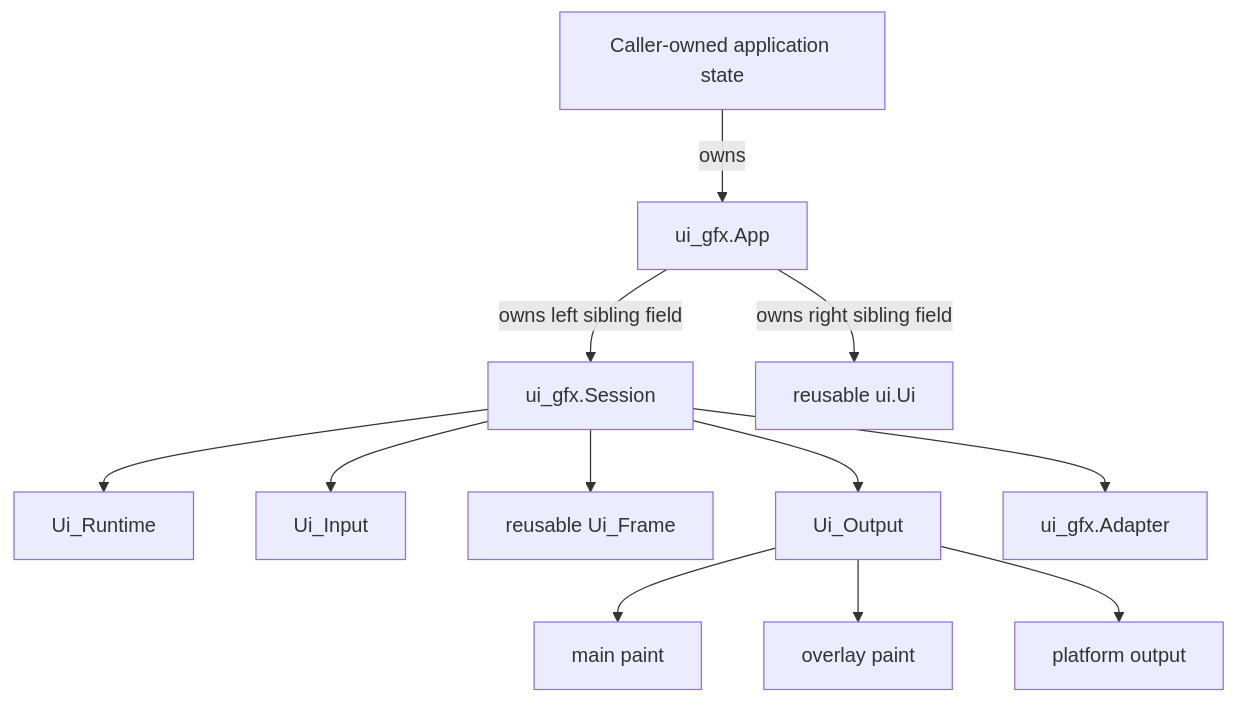
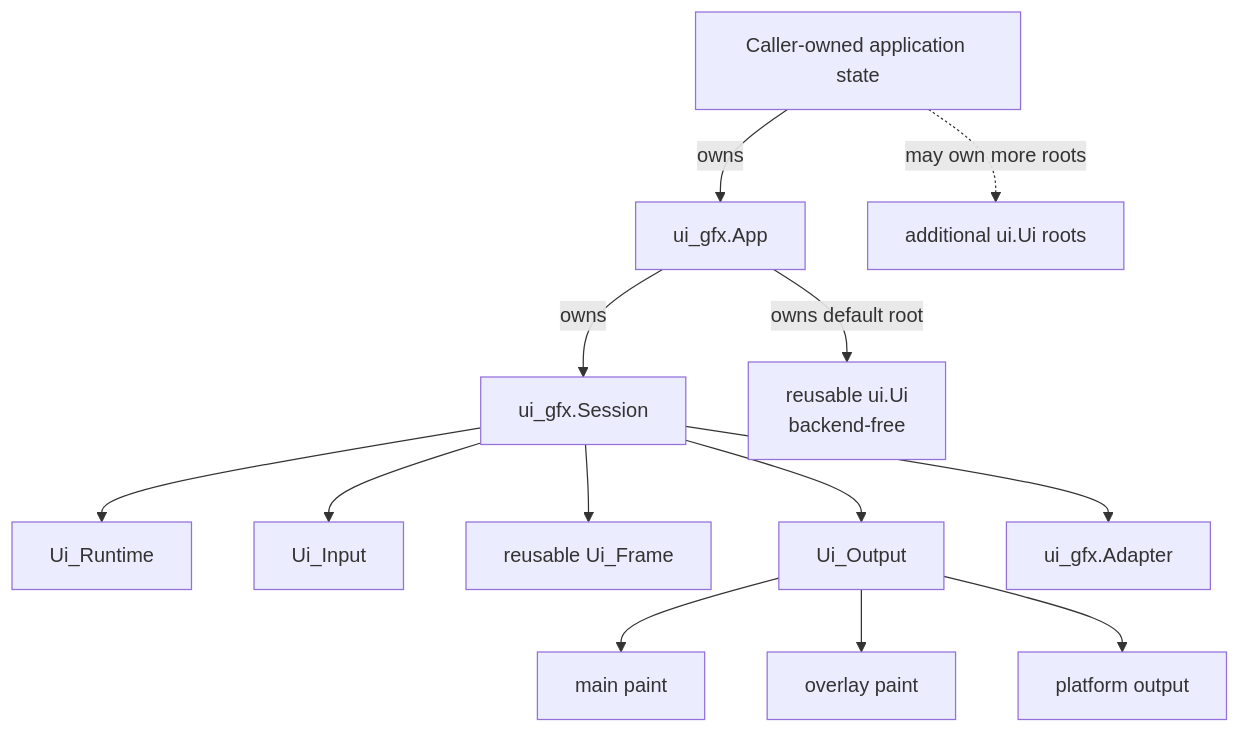
The first of 2 diagrams in docs/api-layers.md (nic-vdwalt/ingot), drawn with Mermaid before and after one commit. The commit also changed other lines of this file and 7 other files, not shown here.

````diff
--- a/docs/api-layers.md
+++ b/docs/api-layers.md
@@ -22,14 +22,15 @@
 ```mermaid
 flowchart TB
     CALLER[Caller-owned application state] -->|owns| APP[ui_gfx.App]
-    APP -->|owns left sibling field| SESSION[ui_gfx.Session]
-    APP -->|owns right sibling field| FORM[reusable ui.Ui]
+    APP -->|owns| SESSION[ui_gfx.Session]
+    APP -->|owns default root| FORM[reusable ui.Ui\nbackend-free]
+    CALLER -.->|may own more roots| FORM2[additional ui.Ui roots]
     SESSION --> RUNTIME[Ui_Runtime]
     SESSION --> INPUT[Ui_Input]
     SESSION --> FRAME[reusable Ui_Frame]
     SESSION --> OUTPUT[Ui_Output]
     SESSION --> ADAPTER[ui_gfx.Adapter]
     OUTPUT --> MAIN[main paint]
     OUTPUT --> OVERLAY[overlay paint]
     OUTPUT --> PLATFORM[platform output]
 ```
````
